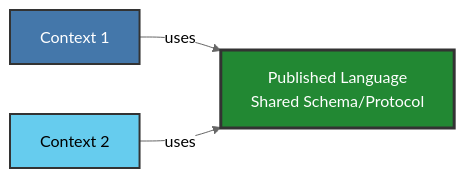
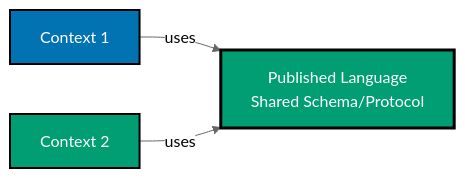
One commit to wahidyankf/open-sharia-enterprise changed the sixth of 12 diagrams in docs/explanation/software-design/domain-driven-design-ddd/templates/ex-sode-dodrdedd-te__context-map-diagram.md. Above: the diagram before and after it, drawn with Mermaid (neutral theme). The commit also changed other lines of this file and 35 other files, not shown here.

````diff
--- a/docs/explanation/software-design/domain-driven-design-ddd/templates/ex-sode-dodrdedd-te__context-map-diagram.md
+++ b/docs/explanation/software-design/domain-driven-design-ddd/templates/ex-sode-dodrdedd-te__context-map-diagram.md
@@ -244,14 +244,14 @@
 ```mermaid
 graph LR
     PL[Published Language<br/>Shared Schema/Protocol]
 
     C1[Context 1]
     C2[Context 2]
 
     C1 -->|uses| PL
     C2 -->|uses| PL
 
-    style PL fill:#228833,stroke:#333,stroke-width:3px,color:#FFFFFF
-    style C1 fill:#4477AA,stroke:#333,stroke-width:2px,color:#FFFFFF
-    style C2 fill:#66CCEE,stroke:#333,stroke-width:2px,color:#000000
+    style PL fill:#029E73,stroke:#000000,stroke-width:3px,color:#FFFFFF
+    style C1 fill:#0173B2,stroke:#000000,stroke-width:2px,color:#FFFFFF
+    style C2 fill:#029E73,stroke:#000000,stroke-width:2px,color:#FFFFFF
 ```
````
